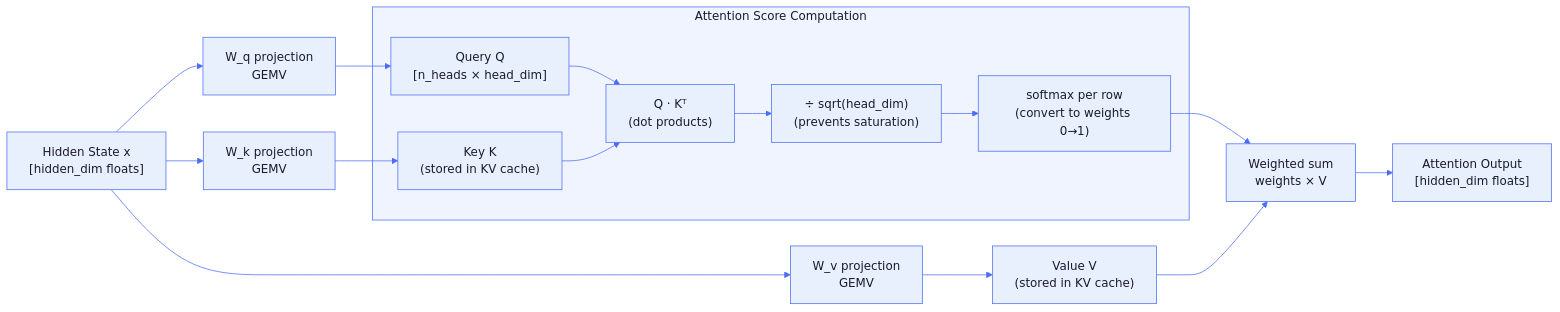
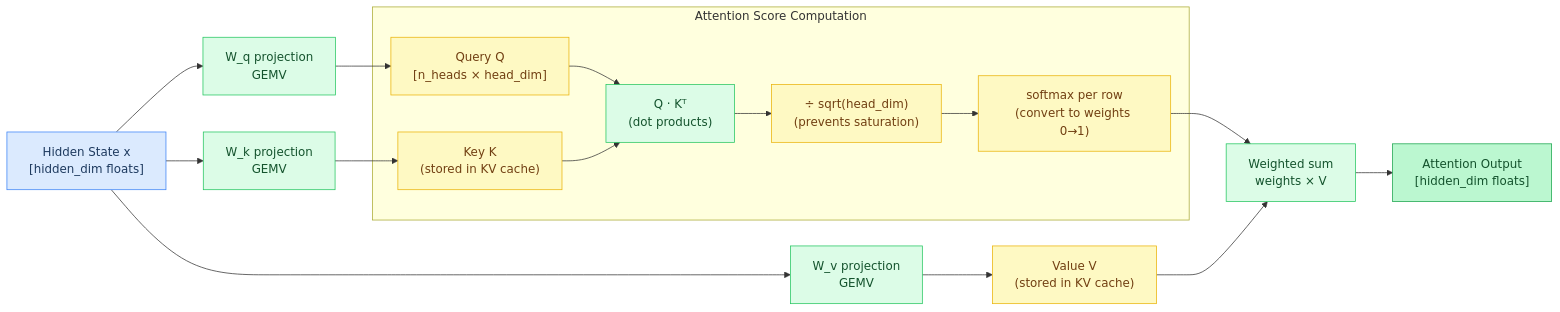
The third of 8 diagrams in docs/tutorial/appendix-math.md (maci0/agave), drawn with Mermaid before and after one commit. The commit also changed other lines of this file and 24 other files, not shown here.

First line of the commit message:
docs: convert all mermaid diagrams to classDef semantic colors

````diff
--- a/docs/tutorial/appendix-math.md
+++ b/docs/tutorial/appendix-math.md
@@ -217,37 +207,41 @@
 ```mermaid
-%%{init: {'theme': 'base', 'themeVariables': {
-  'primaryColor': '#e8f0fe',
-  'primaryTextColor': '#1a1a2e',
-  'primaryBorderColor': '#4a6cf7',
-  'lineColor': '#4a6cf7',
-  'secondaryColor': '#f0f4ff',
-  'tertiaryColor': '#f8f9ff',
-  'edgeLabelBackground': '#ffffff',
-  'clusterBkg': '#f0f4ff',
-  'clusterBorder': '#4a6cf7',
-  'titleColor': '#1a1a2e',
-  'nodeTextColor': '#1a1a2e',
-  'fontFamily': 'ui-monospace, SFMono-Regular, monospace'
-}}}%%
 flowchart LR
-    HiddenState["Hidden State x\n[hidden_dim floats]"]
+    classDef setup     fill:#dbeafe,stroke:#3b82f6,color:#1e3a5f
+    classDef sync      fill:#dcfce7,stroke:#22c55e,color:#14532d
+    classDef migration fill:#fef9c3,stroke:#eab308,color:#713f12
+    classDef success   fill:#bbf7d0,stroke:#16a34a,color:#14532d
+    classDef danger    fill:#fee2e2,stroke:#ef4444,color:#7f1d1d
+    classDef optional  fill:#f3e8ff,stroke:#9333ea,color:#581c87
 
-    HiddenState --> Wq["W_q projection\nGEMV"]
-    HiddenState --> Wk["W_k projection\nGEMV"]
-    HiddenState --> Wv["W_v projection\nGEMV"]
+    HiddenState["Hidden State x\n[hidden_dim floats]"]:::setup
+    Wq["W_q projection\nGEMV"]:::sync
+    Wk["W_k projection\nGEMV"]:::sync
+    Wv["W_v projection\nGEMV"]:::sync
+    Q["Query Q\n[n_heads × head_dim]"]:::migration
+    K["Key K\n(stored in KV cache)"]:::migration
+    V["Value V\n(stored in KV cache)"]:::migration
+    WeightedSum["Weighted sum\nweights × V"]:::sync
+    Out["Attention Output\n[hidden_dim floats]"]:::success
 
-    Wq --> Q["Query Q\n[n_heads × head_dim]"]
-    Wk --> K["Key K\n(stored in KV cache)"]
-    Wv --> V["Value V\n(stored in KV cache)"]
+    HiddenState --> Wq
+    HiddenState --> Wk
+    HiddenState --> Wv
+
+    Wq --> Q
+    Wk --> K
+    Wv --> V
 
     subgraph Scores["Attention Score Computation"]
-        Q --> Dot["Q · Kᵀ\n(dot products)"]
+        Dot["Q · Kᵀ\n(dot products)"]:::sync
+        Scale["÷ sqrt(head_dim)\n(prevents saturation)"]:::migration
+        SM["softmax per row\n(convert to weights 0→1)"]:::migration
+        Q --> Dot
         K --> Dot
-        Dot --> Scale["÷ sqrt(head_dim)\n(prevents saturation)"]
-        Scale --> SM["softmax per row\n(convert to weights 0→1)"]
+        Dot --> Scale
+        Scale --> SM
     end
 
-    SM --> WeightedSum["Weighted sum\nweights × V"]
+    SM --> WeightedSum
     V --> WeightedSum
-    WeightedSum --> Out["Attention Output\n[hidden_dim floats]"]
+    WeightedSum --> Out
 ```
````
